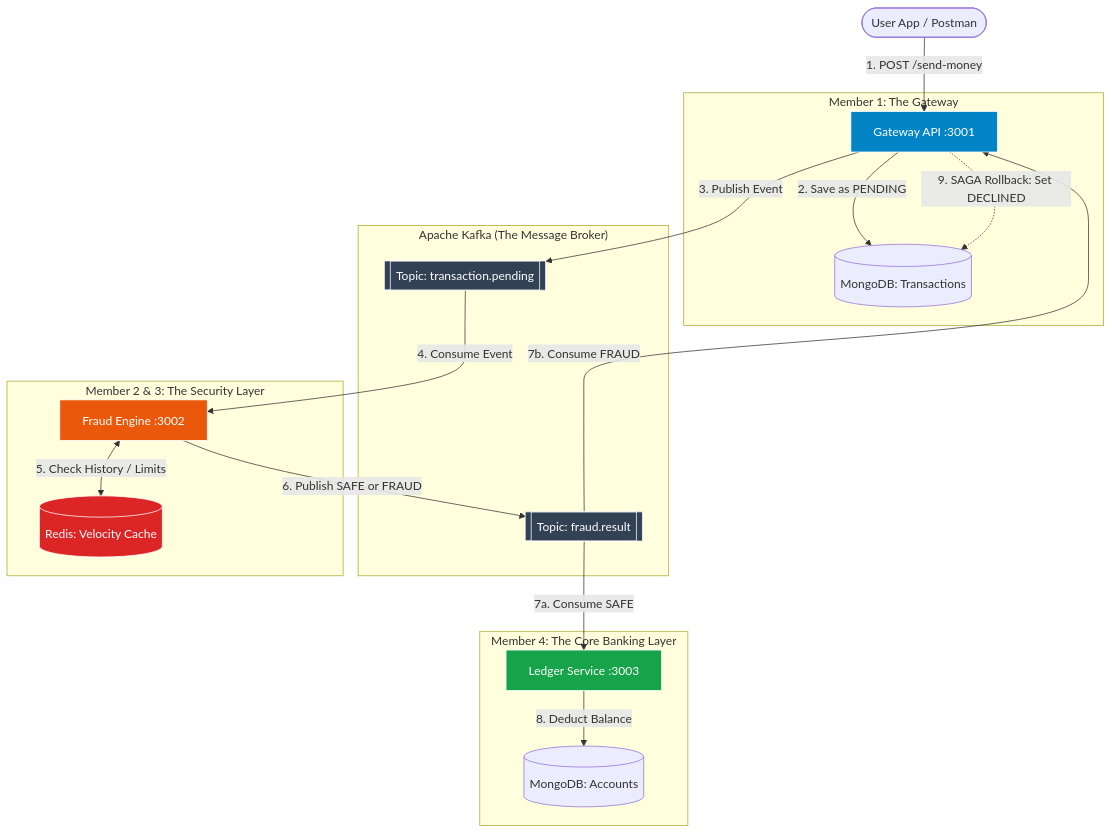
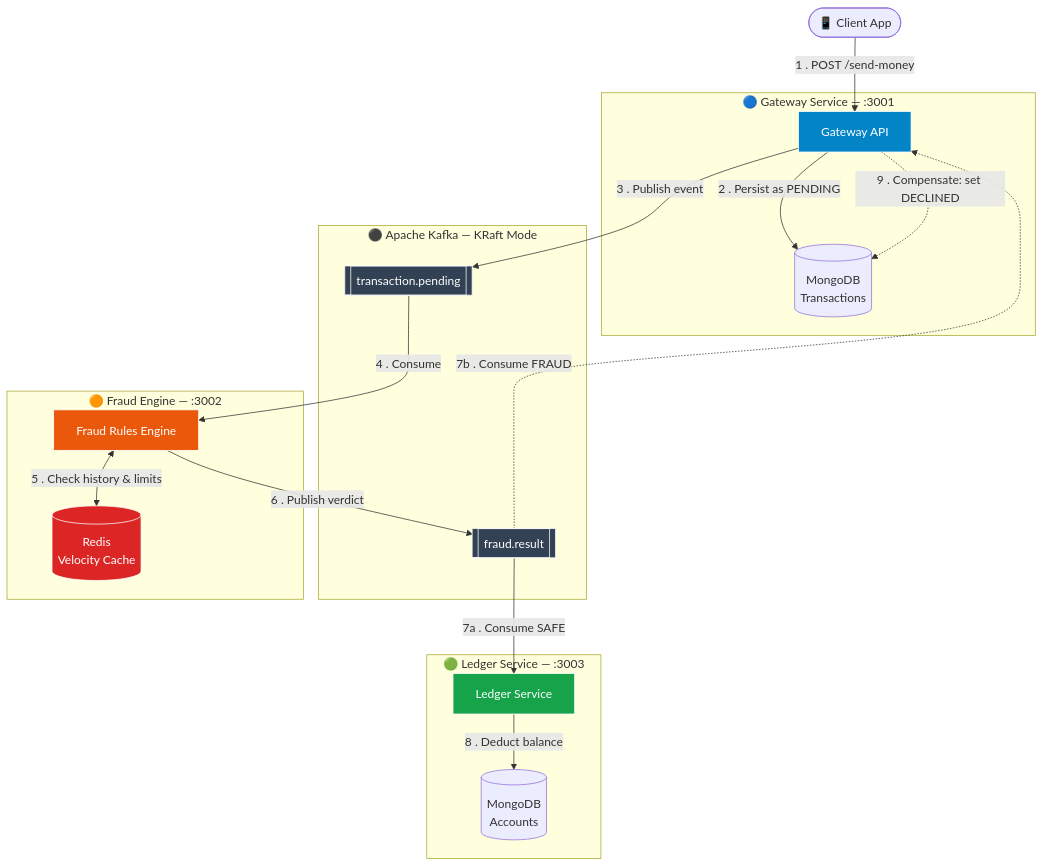
Before and after one commit to DipeshThakran/banking-system: the diagram in README.md, drawn with Mermaid. The commit also changed other lines of this file, not shown here.

First line of the commit message:
Enhance README with architecture and setup details

````diff
--- a/README.md
+++ b/README.md
@@ -1,49 +62,46 @@
 ```mermaid
-    graph TD
-    %% Node Definitions
-    Client([User App / Postman])
-    
-    subgraph "Member 1: The Gateway"
-        API[Gateway API :3001]
-        TxDB[(MongoDB: Transactions)]
-    end
-    
-    subgraph "Apache Kafka (The Message Broker)"
-        T_PENDING[[Topic: transaction.pending]]
-        F_RESULT[[Topic: fraud.result]]
-    end
-    
-    subgraph "Member 2 & 3: The Security Layer"
-        Fraud[Fraud Engine :3002]
-        Redis[(Redis: Velocity Cache)]
-    end
-    
-    subgraph "Member 4: The Core Banking Layer"
-        Ledger[Ledger Service :3003]
-        AccDB[(MongoDB: Accounts)]
+graph TD
+    Client([📱 Client App])
+
+    subgraph GW["🔵 Gateway Service — :3001"]
+        API[Gateway API]
+        TxDB[(MongoDB<br/>Transactions)]
     end
 
-    %% Data Flow
-    Client -->|1. POST /send-money| API
-    API -->|2. Save as PENDING| TxDB
-    API -->|3. Publish Event| T_PENDING
-    
-    T_PENDING -->|4. Consume Event| Fraud
-    Fraud <-->|5. Check History / Limits| Redis
-    
-    Fraud -->|6. Publish SAFE or FRAUD| F_RESULT
-    
-    F_RESULT -->|7a. Consume SAFE| Ledger
-    Ledger -->|8. Deduct Balance| AccDB
-    
-    F_RESULT -->|7b. Consume FRAUD| API
-    API -.->|9. SAGA Rollback: Set DECLINED| TxDB
-    
-    %% Styling
+    subgraph KAFKA["⚫ Apache Kafka — KRaft Mode"]
+        T1[["transaction.pending"]]
+        T2[["fraud.result"]]
+    end
+
+    subgraph FRAUD["🟠 Fraud Engine — :3002"]
+        FE[Fraud Rules Engine]
+        Redis[(Redis<br/>Velocity Cache)]
+    end
+
+    subgraph LEDGER["🟢 Ledger Service — :3003"]
+        LG[Ledger Service]
+        AccDB[(MongoDB<br/>Accounts)]
+    end
+
+    Client -->|1 . POST /send-money| API
+    API -->|2 . Persist as PENDING| TxDB
+    API -->|3 . Publish event| T1
+
+    T1 -->|4 . Consume| FE
+    FE <-->|5 . Check history & limits| Redis
+
+    FE -->|6 . Publish verdict| T2
+
+    T2 -->|7a . Consume SAFE| LG
+    LG -->|8 . Deduct balance| AccDB
+
+    T2 -.->|7b . Consume FRAUD| API
+    API -.->|9 . Compensate: set DECLINED| TxDB
+
     style API fill:#0284c7,stroke:#fff,color:#fff
-    style Fraud fill:#ea580c,stroke:#fff,color:#fff
-    style Ledger fill:#16a34a,stroke:#fff,color:#fff
+    style FE fill:#ea580c,stroke:#fff,color:#fff
+    style LG fill:#16a34a,stroke:#fff,color:#fff
     style Redis fill:#dc2626,stroke:#fff,color:#fff
-    style T_PENDING fill:#334155,stroke:#fff,color:#fff
-    style F_RESULT fill:#334155,stroke:#fff,color:#fff
+    style T1 fill:#334155,stroke:#fff,color:#fff
+    style T2 fill:#334155,stroke:#fff,color:#fff
 ```
````
